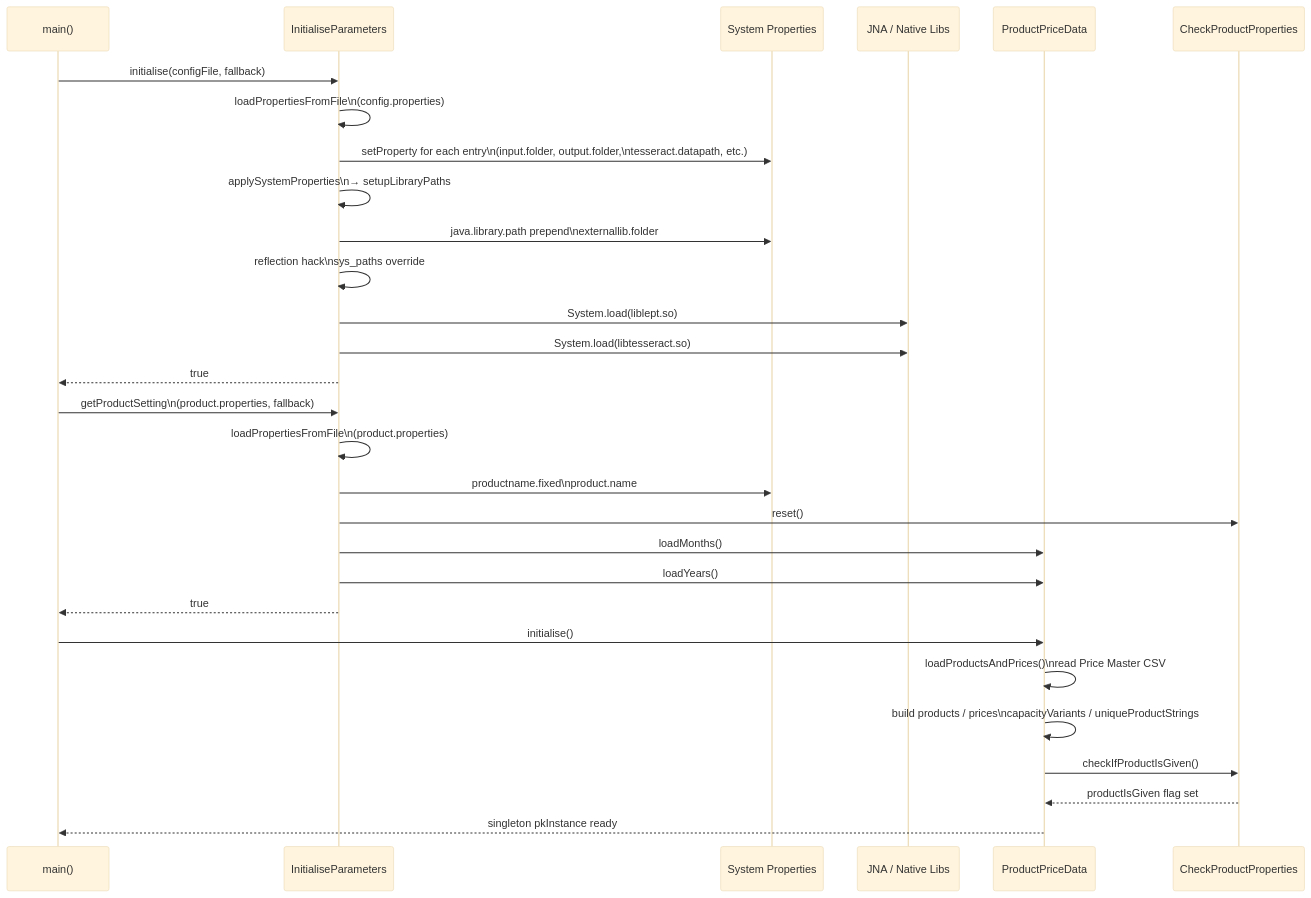
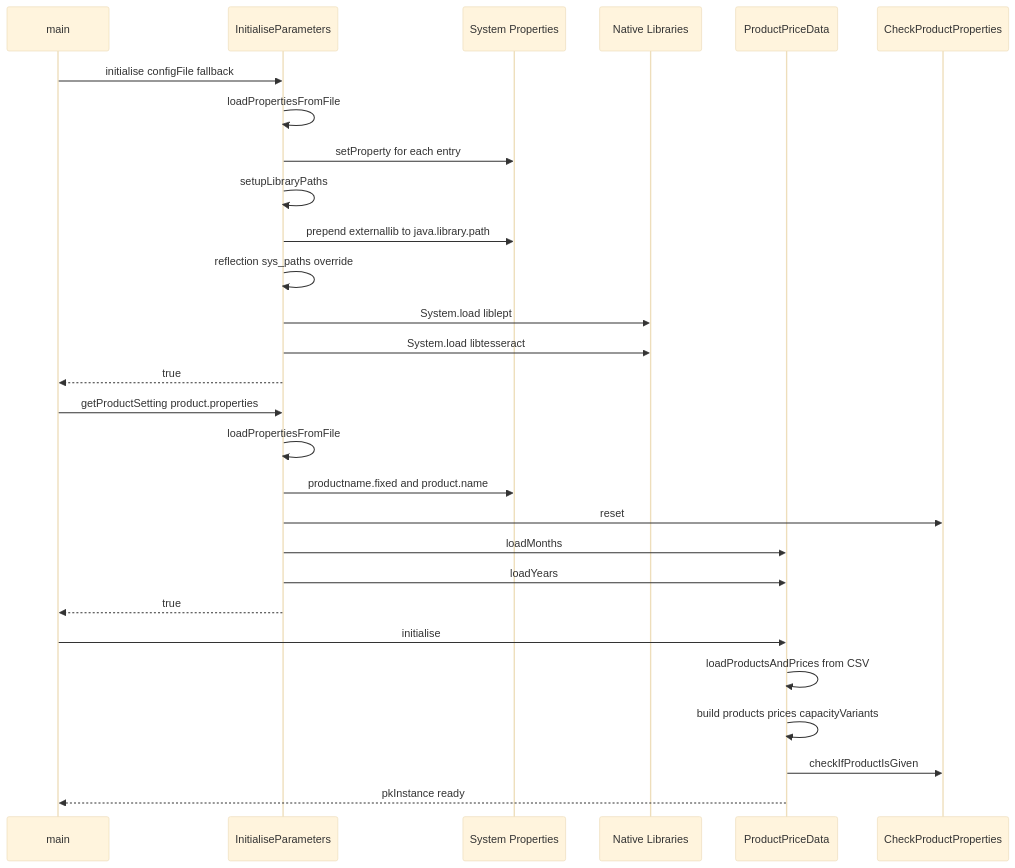
Diagram 12 of 13 in ReadMe.md (UBags/KitchenwarePackagingCompliance), drawn with Mermaid (base theme) before and after one commit. The commit also changed other lines of this file, not shown here.

````diff
--- a/ReadMe.md
+++ b/ReadMe.md
@@ -733,34 +399,33 @@
 ```mermaid
 sequenceDiagram
-    participant MAIN as main()
+    participant MAIN as main
     participant IP as InitialiseParameters
     participant SYS as System Properties
-    participant JNA as JNA / Native Libs
+    participant NAT as Native Libraries
     participant PPD as ProductPriceData
     participant CPP as CheckProductProperties
 
-    MAIN->>IP: initialise(configFile, fallback)
-    IP->>IP: loadPropertiesFromFile\n(config.properties)
-    IP->>SYS: setProperty for each entry\n(input.folder, output.folder,\ntesseract.datapath, etc.)
-    IP->>IP: applySystemProperties\n→ setupLibraryPaths
-    IP->>SYS: java.library.path prepend\nexternallib.folder
-    IP->>IP: reflection hack\nsys_paths override
-    IP->>JNA: System.load(liblept.so)
-    IP->>JNA: System.load(libtesseract.so)
+    MAIN->>IP: initialise configFile fallback
+    IP->>IP: loadPropertiesFromFile
+    IP->>SYS: setProperty for each entry
+    IP->>IP: setupLibraryPaths
+    IP->>SYS: prepend externallib to java.library.path
+    IP->>IP: reflection sys_paths override
+    IP->>NAT: System.load liblept
+    IP->>NAT: System.load libtesseract
     IP-->>MAIN: true
 
-    MAIN->>IP: getProductSetting\n(product.properties, fallback)
-    IP->>IP: loadPropertiesFromFile\n(product.properties)
-    IP->>SYS: productname.fixed\nproduct.name
-    IP->>CPP: reset()
-    IP->>PPD: loadMonths()
-    IP->>PPD: loadYears()
+    MAIN->>IP: getProductSetting product.properties
+    IP->>IP: loadPropertiesFromFile
+    IP->>SYS: productname.fixed and product.name
+    IP->>CPP: reset
+    IP->>PPD: loadMonths
+    IP->>PPD: loadYears
     IP-->>MAIN: true
 
-    MAIN->>PPD: initialise()
-    PPD->>PPD: loadProductsAndPrices()\nread Price Master CSV
-    PPD->>PPD: build products / prices\ncapacityVariants / uniqueProductStrings
-    PPD->>CPP: checkIfProductIsGiven()
-    CPP-->>PPD: productIsGiven flag set
-    PPD-->>MAIN: singleton pkInstance ready
+    MAIN->>PPD: initialise
+    PPD->>PPD: loadProductsAndPrices from CSV
+    PPD->>PPD: build products prices capacityVariants
+    PPD->>CPP: checkIfProductIsGiven
+    PPD-->>MAIN: pkInstance ready
 ```
````
